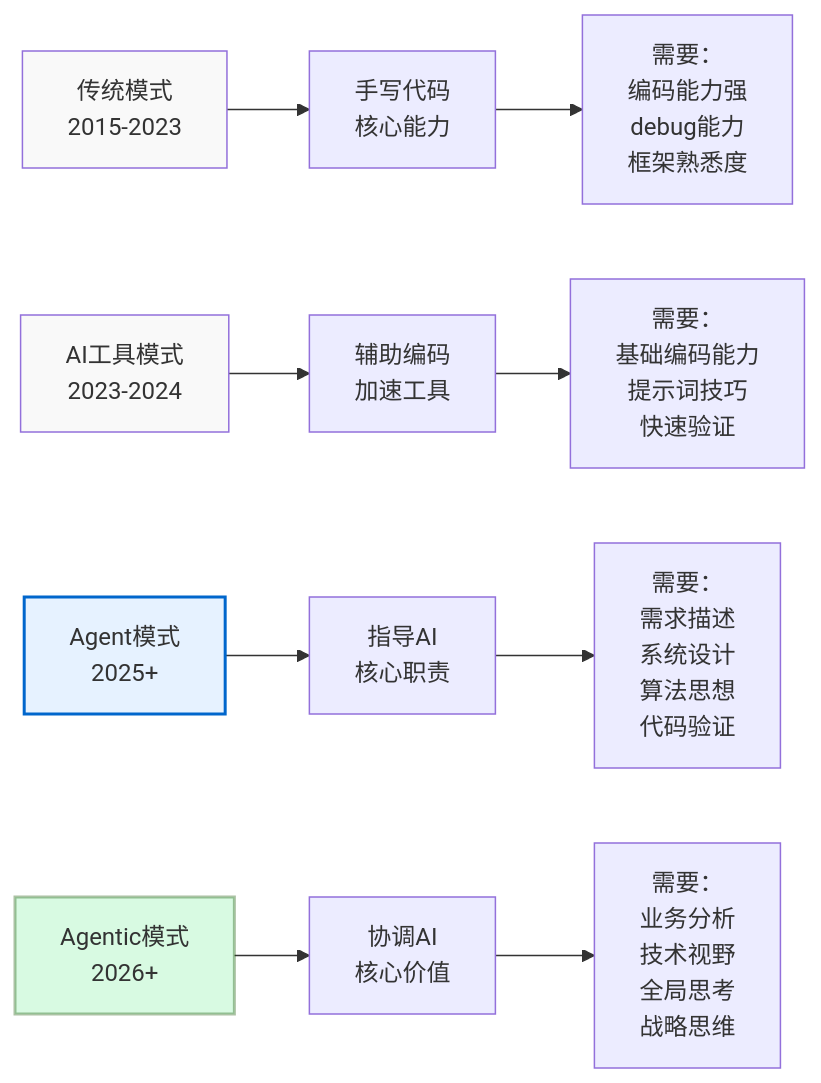
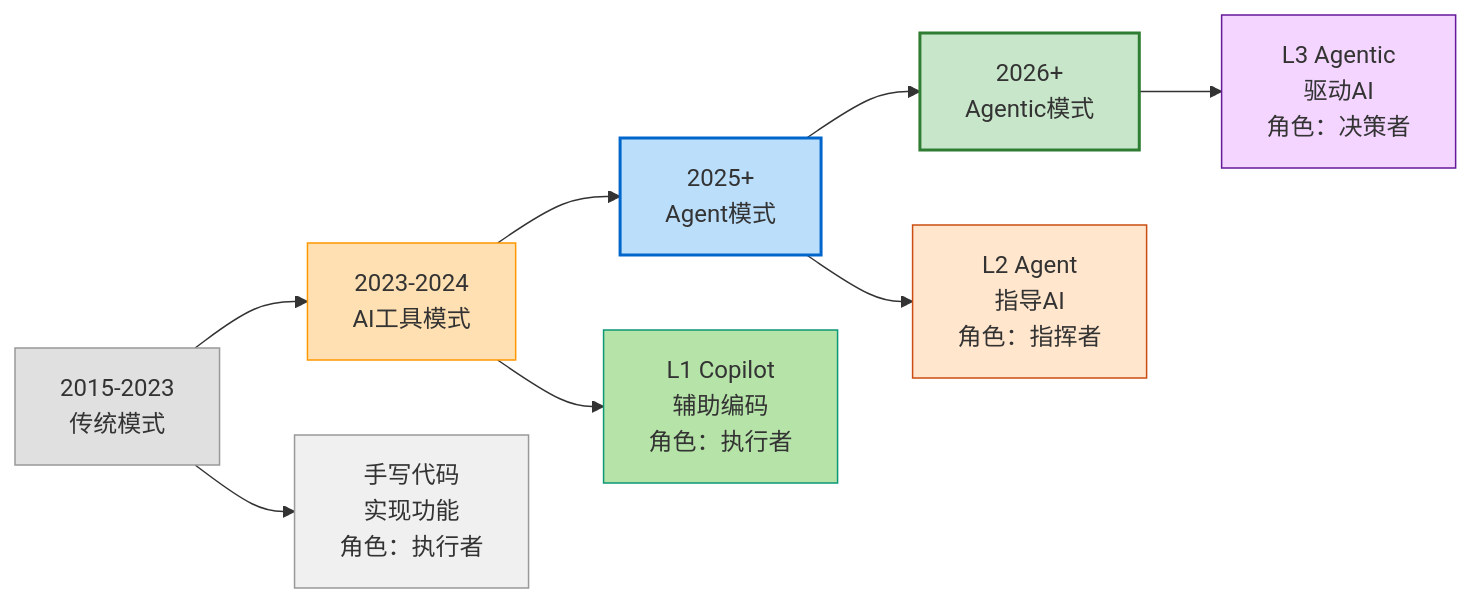
Before and after one commit to microwind/algorithms: the first of 10 diagrams in start-here/Why-Programmers-35-Plus-Are-Thriving-in-AI-Era.md, drawn with Mermaid. The commit also changed other lines of this file and 1 other file, not shown here.

````diff
--- a/start-here/Why-Programmers-35-Plus-Are-Thriving-in-AI-Era.md
+++ b/start-here/Why-Programmers-35-Plus-Are-Thriving-in-AI-Era.md
@@ -43,19 +25,28 @@
 ```mermaid
 graph LR
-    A["传统模式<br/>2015-2023"] --> A1["手写代码<br/>核心能力"]
-    A1 --> A2["需要：<br/>编码能力强<br/>debug能力<br/>框架熟悉度"]
 
-    B["AI工具模式<br/>2023-2024"] --> B1["辅助编码<br/>加速工具"]
-    B1 --> B2["需要：<br/>基础编码能力<br/>提示词技巧<br/>快速验证"]
+    %% ===== 时间线主线 =====
+    P["2015-2023<br/>传统模式"] --> Q["2023-2024<br/>AI工具模式"] --> R["2025+<br/>Agent模式"] --> S["2026+<br/>Agentic模式"]
 
-    C["Agent模式<br/>2025+"] --> C1["指导AI<br/>核心职责"]
-    C1 --> C2["需要：<br/>需求描述<br/>系统设计<br/>算法思想<br/>代码验证"]
+    %% ===== 核心能力纵向显示 =====
+    P1["手写代码<br/>实现功能<br/>角色：执行者"] 
+    Q1["L1 Copilot<br/>辅助编码<br/>角色：执行者"] 
+    R1["L2 Agent<br/>指导AI<br/>角色：指挥者"] 
+    S1["L3 Agentic<br/>驱动AI<br/>角色：决策者"]
 
-    D["Agentic模式<br/>2026+"] --> D1["协调AI<br/>核心价值"]
-    D1 --> D2["需要：<br/>业务分析<br/>技术视野<br/>全局思考<br/>战略思维"]
+    P --> P1
+    Q --> Q1
+    R --> R1
+    S --> S1
 
-    style A fill:#f9f9f9
-    style B fill:#f9f9f9
-    style C fill:#e6f2ff,stroke:#0066cc,stroke-width:2px
-    style D fill:#d8fae2,stroke:#1758055c,stroke-width:2px
+    %% ===== 节点颜色 =====
+    style P fill:#e0e0e0,stroke:#999
+    style Q fill:#ffe0b2,stroke:#ff9800
+    style R fill:#bbdefb,stroke:#0066cc,stroke-width:2px
+    style S fill:#c8e6c9,stroke:#2e7d32,stroke-width:2px
+
+    style P1 fill:#f0f0f0,stroke:#999
+    style Q1 fill:#b6e3a8,stroke:#0D9775
+    style R1 fill:#ffe6cc,stroke:#CB4D12
+    style S1 fill:#f3d5ff,stroke:#651899
 ```
````
